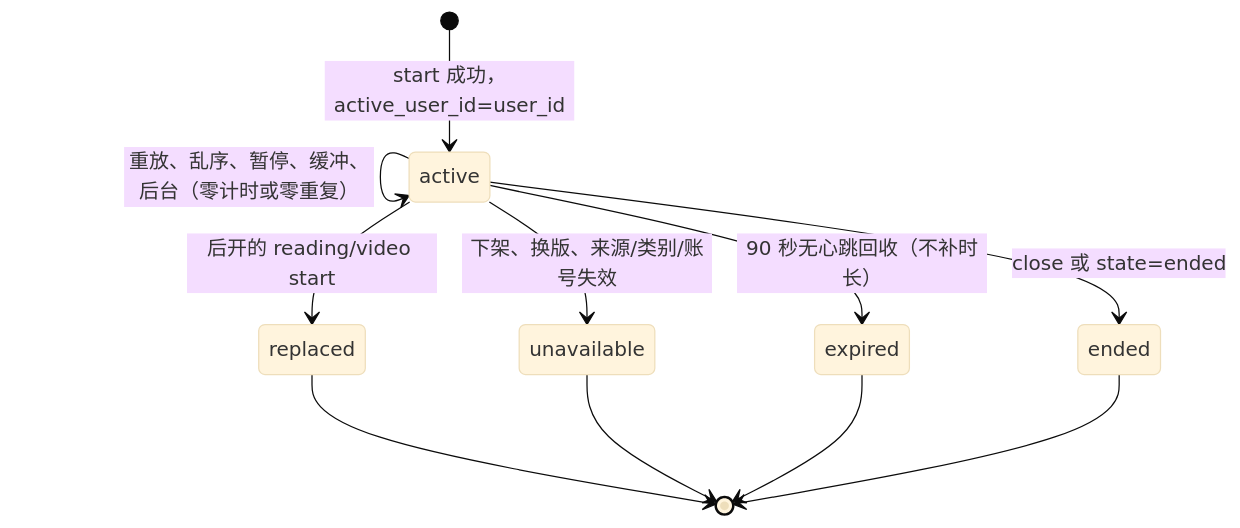
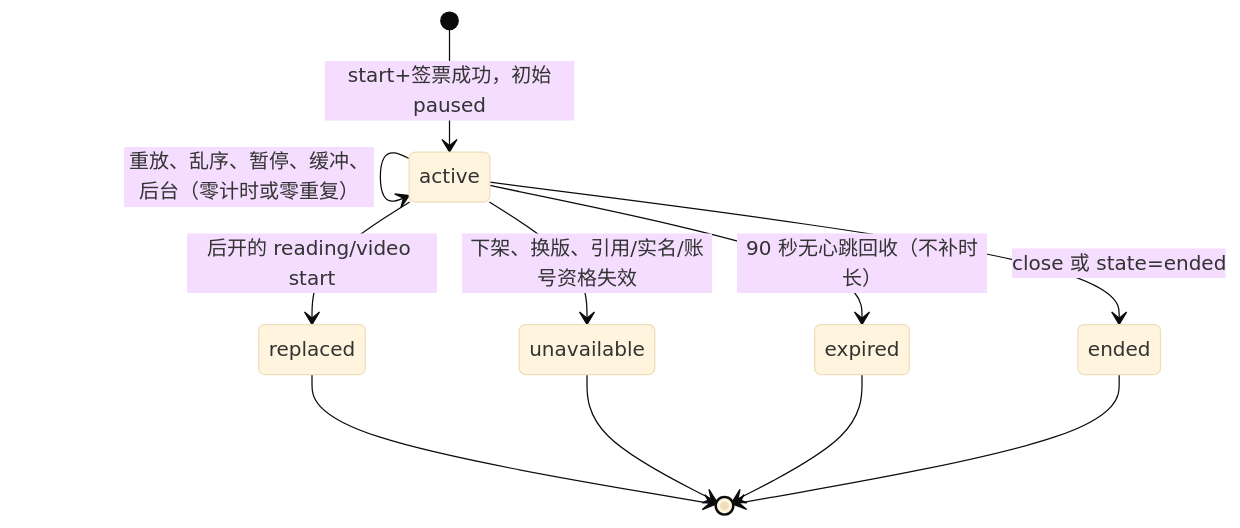
One commit to caoguanjie/emodor-exam changed diagram 22 of 23 in docs/design/06-关键流程.md. Above: the diagram before and after it, drawn with Mermaid (base theme). The commit also changed other lines of this file and 302 other files, not shown here.

````diff
--- a/docs/design/06-关键流程.md
+++ b/docs/design/06-关键流程.md
@@ -999,14 +993,14 @@
 ```mermaid
 stateDiagram-v2
-    [*] --> active : start 成功，active_user_id=user_id
+    [*] --> active : start+签票成功，初始paused
     active --> active : 严格递增 heartbeat 持久化锚点/覆盖
     active --> active : 重放、乱序、暂停、缓冲、后台（零计时或零重复）
     active --> ended : close 或 state=ended
     active --> replaced : 后开的 reading/video start
-    active --> unavailable : 下架、换版、来源/类别/账号失效
+    active --> unavailable : 下架、换版、引用/实名/账号资格失效
     active --> expired : 90 秒无心跳回收（不补时长）
     replaced --> [*]
     unavailable --> [*]
     expired --> [*]
     ended --> [*]
 ```
````
